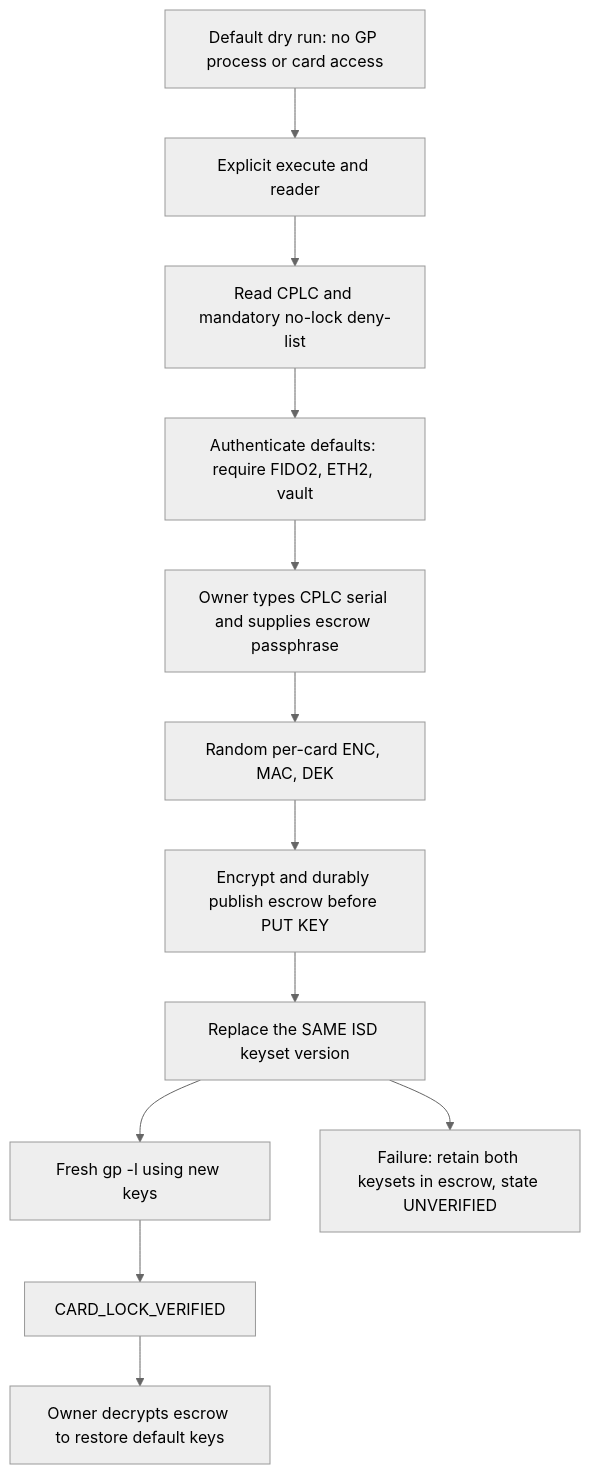
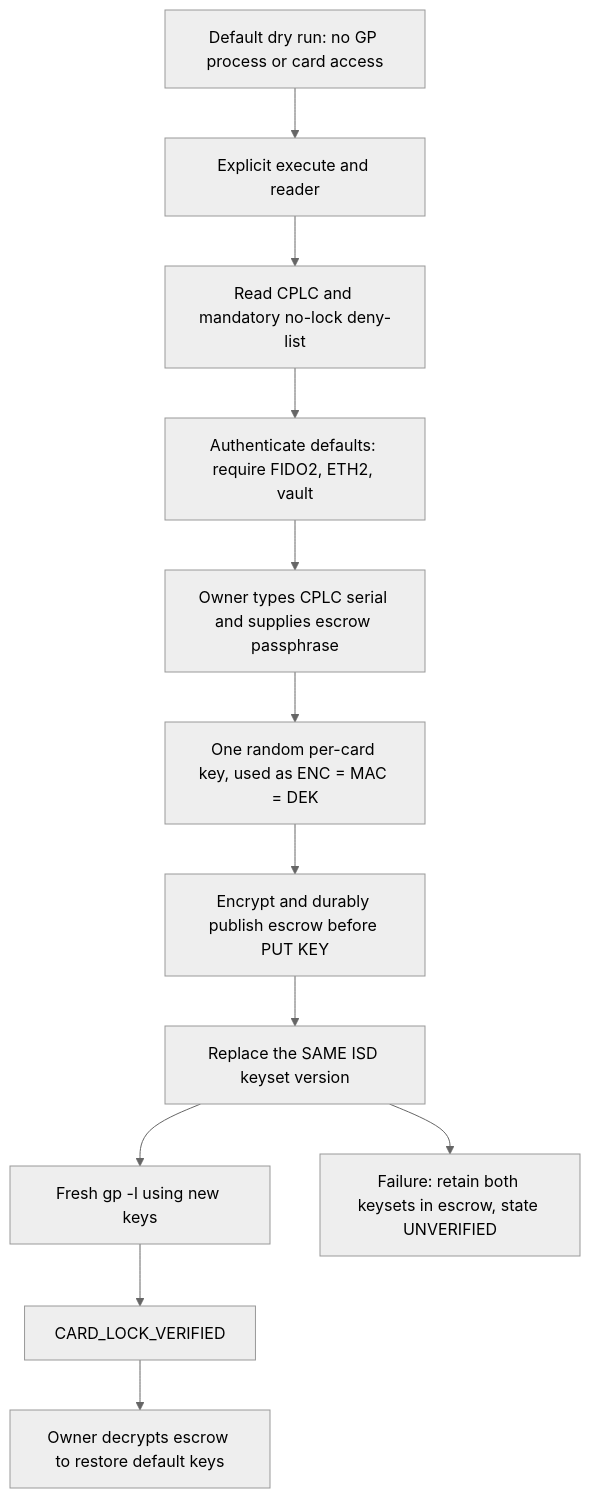
Before and after one commit to nuri-com/nuri-passkey-prf-smartcard: the diagram in docs/card-lock.md, drawn with Mermaid (neutral theme). The commit also changed other lines of this file and 3 other files, not shown here.

Commit message:
card_lock: rotate via --lock (gp 24.10.15 NPE on --lock-enc)

````diff
--- a/docs/card-lock.md
+++ b/docs/card-lock.md
@@ -3,14 +3,14 @@
 ```mermaid
 flowchart TD
   D[Default dry run: no GP process or card access] --> E[Explicit execute and reader]
   E --> C[Read CPLC and mandatory no-lock deny-list]
   C --> R[Authenticate defaults: require FIDO2, ETH2, vault]
   R --> O[Owner types CPLC serial and supplies escrow passphrase]
-  O --> S[Random per-card ENC, MAC, DEK]
+  O --> S[One random per-card key, used as ENC = MAC = DEK]
   S --> F[Encrypt and durably publish escrow before PUT KEY]
   F --> K[Replace the SAME ISD keyset version]
   K --> V[Fresh gp -l using new keys]
   V --> OK[CARD_LOCK_VERIFIED]
   K --> ERR[Failure: retain both keysets in escrow, state UNVERIFIED]
   OK --> U[Owner decrypts escrow to restore default keys]
 ```
````
